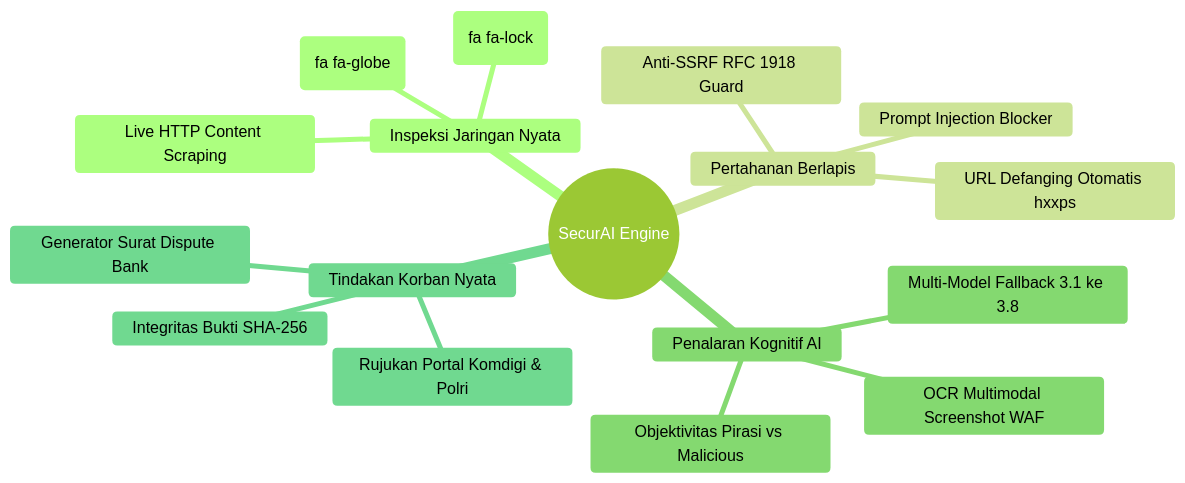
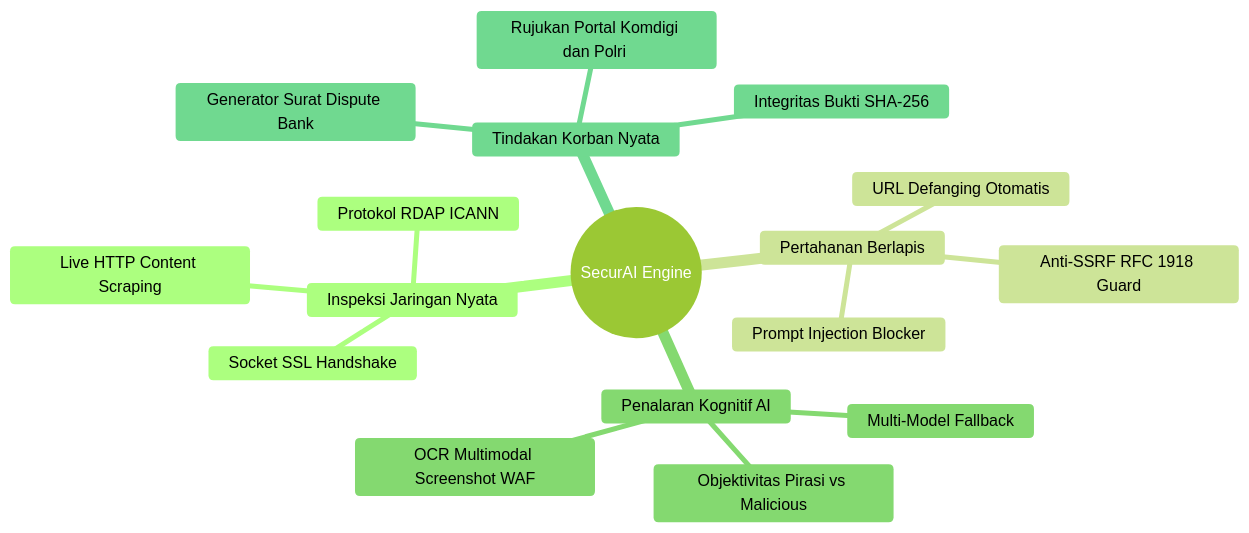
One commit to ChoqySirait/Chatbot changed the first of 2 diagrams in README.md. Above: the diagram before and after it, drawn with Mermaid (forest theme). The commit also changed other lines of this file, not shown here.

````diff
--- a/README.md
+++ b/README.md
@@ -73,21 +73,20 @@
 ```mermaid
 mindmap
   root((SecurAI Engine))
     Inspeksi Jaringan Nyata
-      Socket SSL Handshake ::icon(fa fa-lock)
-      Protokol RDAP ICANN ::icon(fa fa-globe)
+      Socket SSL Handshake
+      Protokol RDAP ICANN
       Live HTTP Content Scraping
     Pertahanan Berlapis
       Anti-SSRF RFC 1918 Guard
-      URL Defanging Otomatis hxxps
+      URL Defanging Otomatis
       Prompt Injection Blocker
     Penalaran Kognitif AI
-      Multi-Model Fallback 3.1 ke 3.8
+      Multi-Model Fallback
       Objektivitas Pirasi vs Malicious
       OCR Multimodal Screenshot WAF
     Tindakan Korban Nyata
       Integritas Bukti SHA-256
       Generator Surat Dispute Bank
-      Rujukan Portal Komdigi & Polri
-
+      Rujukan Portal Komdigi dan Polri 
 ```
````
